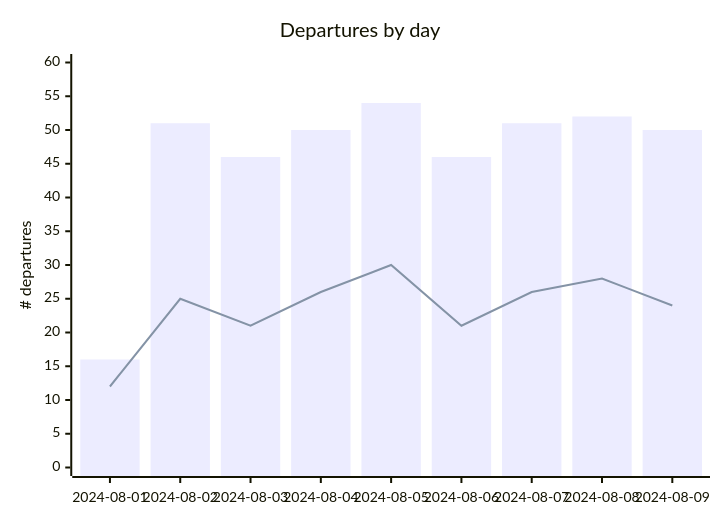
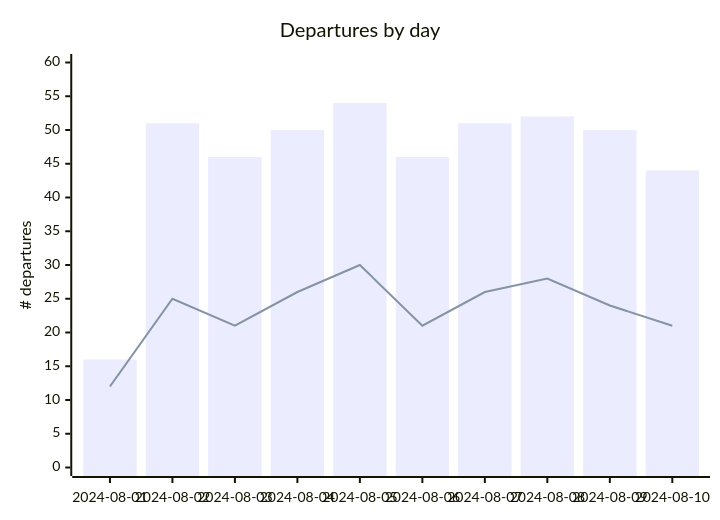
The first of 2 diagrams in README.md (rainermesi/tll-airport-departures), drawn with Mermaid before and after one commit. The commit also changed other lines of this file, not shown here.

````diff
--- a/README.md
+++ b/README.md
@@ -9,8 +9,8 @@
 ```mermaid
 xychart-beta
     title "Departures by day"
-    x-axis ["2024-08-01", "2024-08-02", "2024-08-03", "2024-08-04", "2024-08-05", "2024-08-06", "2024-08-07", "2024-08-08", "2024-08-09"]
+    x-axis ["2024-08-01", "2024-08-02", "2024-08-03", "2024-08-04", "2024-08-05", "2024-08-06", "2024-08-07", "2024-08-08", "2024-08-09", "2024-08-10"]
     y-axis "# departures" 0 --> 60
-    bar [16, 51, 46, 50, 54, 46, 51, 52, 50]
-    line [12, 25, 21, 26, 30, 21, 26, 28, 24]
+    bar [16, 51, 46, 50, 54, 46, 51, 52, 50, 44]
+    line [12, 25, 21, 26, 30, 21, 26, 28, 24, 21]
 ```
````
